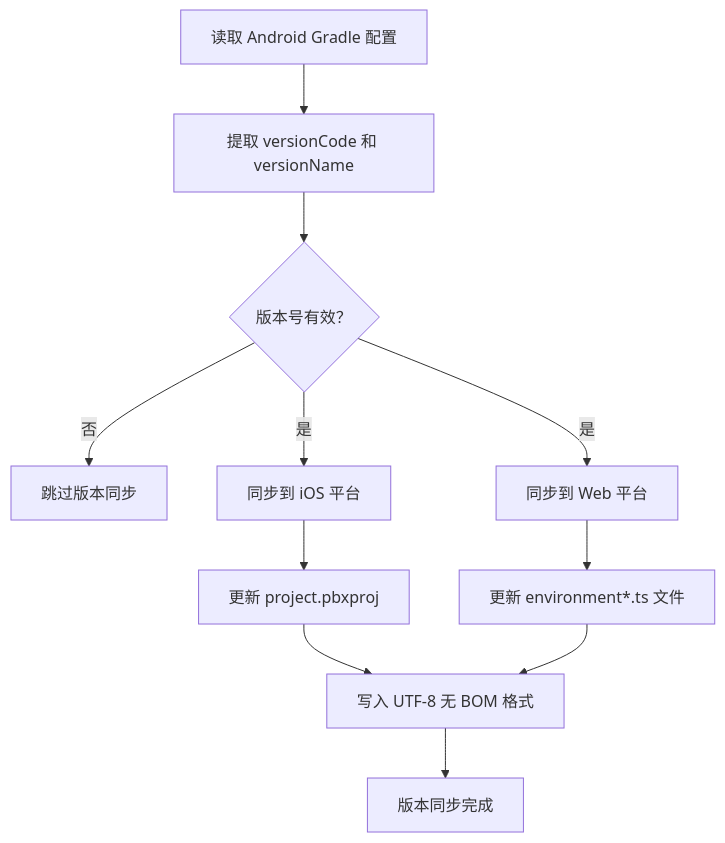
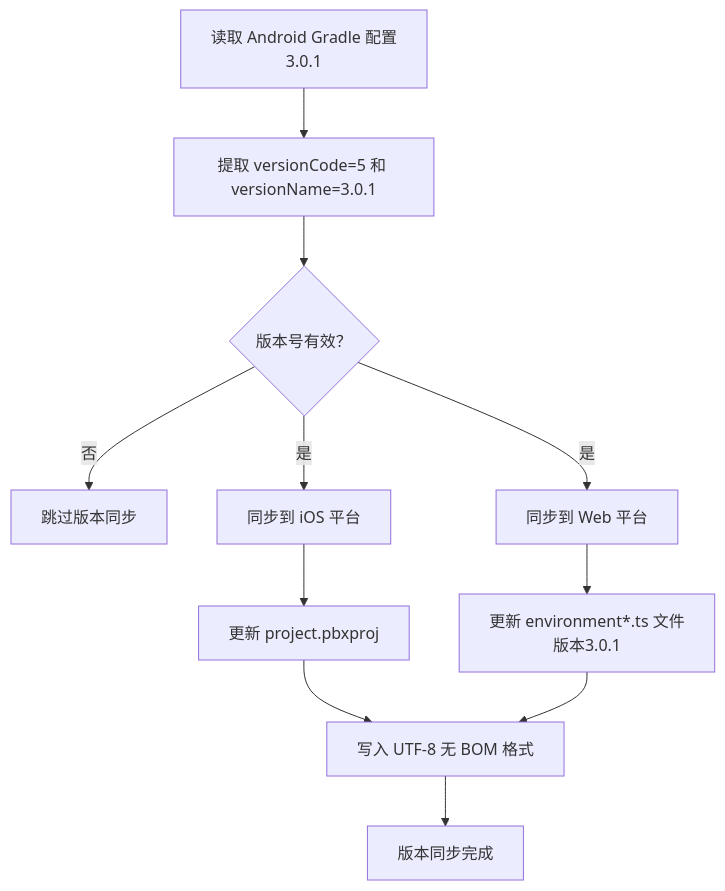
One commit to tea4go/Macro-Deck-Client-App changed the fourth of 6 diagrams in .qoder/repowiki/zh/content/构建与部署/构建配置.md. Above: the diagram before and after it, drawn with Mermaid. The commit also changed other lines of this file and 8 other files, not shown here.

````diff
--- a/.qoder/repowiki/zh/content/构建与部署/构建配置.md
+++ b/.qoder/repowiki/zh/content/构建与部署/构建配置.md
@@ -667,13 +683,13 @@
 ```mermaid
 flowchart TD
-A["读取 Android Gradle 配置"] --> B["提取 versionCode 和 versionName"]
+A["读取 Android Gradle 配置<br/>3.0.1"] --> B["提取 versionCode=5 和 versionName=3.0.1"]
 B --> C{"版本号有效？"}
 C --> |否| D["跳过版本同步"]
 C --> |是| E["同步到 iOS 平台"]
 C --> |是| F["同步到 Web 平台"]
 E --> G["更新 project.pbxproj"]
-F --> H["更新 environment*.ts 文件"]
+F --> H["更新 environment*.ts 文件<br/>版本3.0.1"]
 G --> I["写入 UTF-8 无 BOM 格式"]
 H --> I
 I --> J["版本同步完成"]
 ```
````
